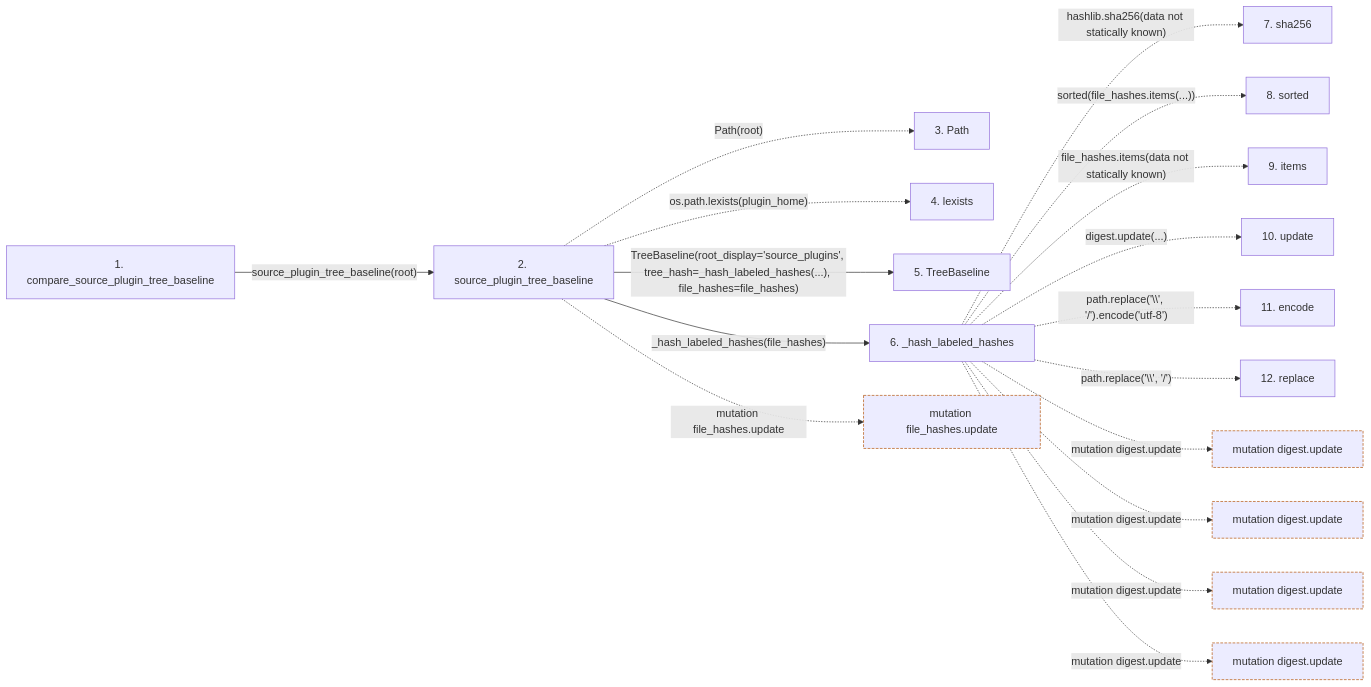
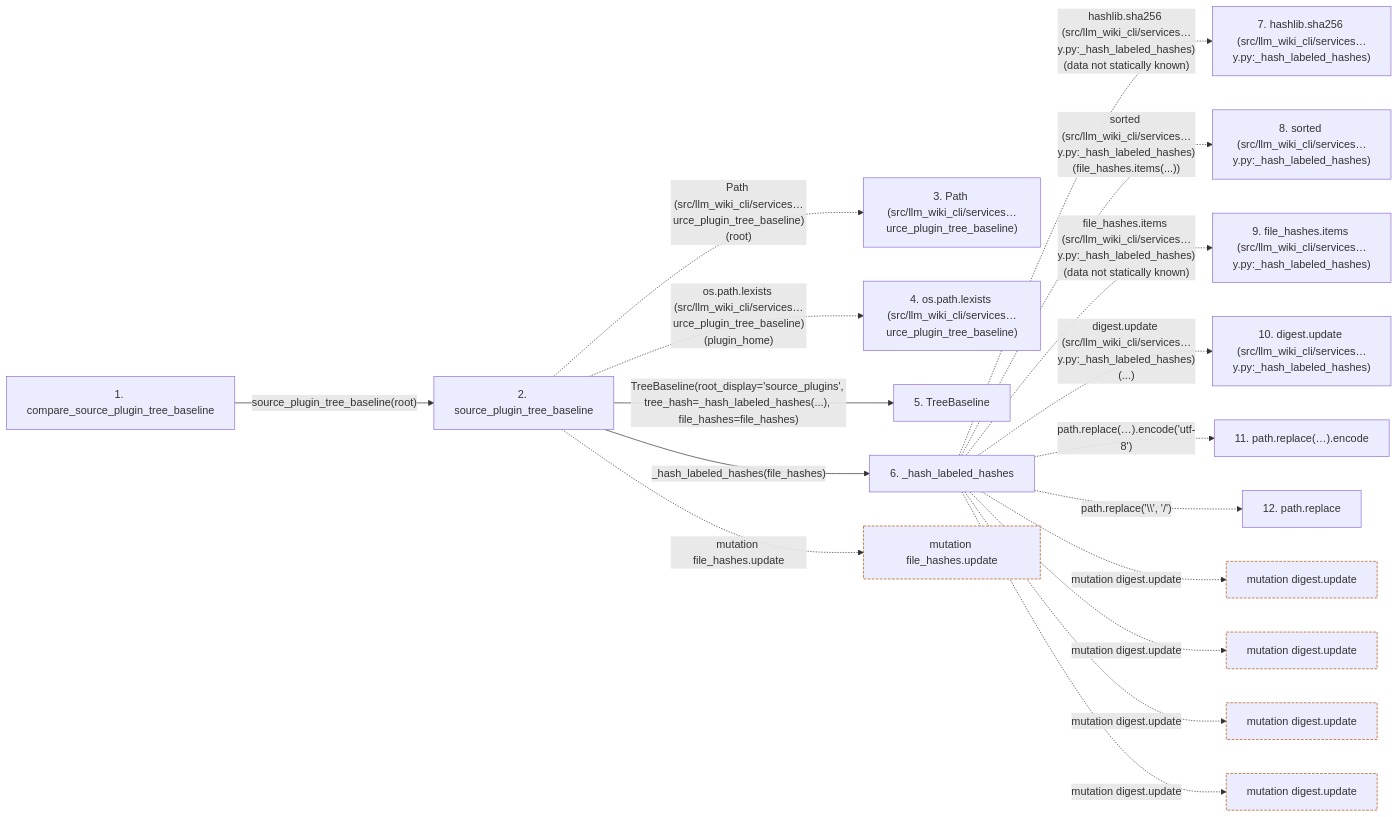
The second of 2 diagrams in docs/llm_wiki/flows/api-compare_source_plugin_tree_baseline.md (Denissvgn/python-wiki-llm), drawn with Mermaid before and after one commit. The commit also changed other lines of this file and 719 other files, not shown here.

````diff
--- a/docs/llm_wiki/flows/api-compare_source_plugin_tree_baseline.md
+++ b/docs/llm_wiki/flows/api-compare_source_plugin_tree_baseline.md
@@ -74,46 +75,46 @@
 ```mermaid
 flowchart LR
     s1["1. compare_source_plugin_tree_baseline"]
     s2["2. source_plugin_tree_baseline"]
-    s3["3. Path"]
-    s4["4. lexists"]
+    s3["3. Path (src/llm_wiki_cli/services…urce_plugin_tree_baseline)"]
+    s4["4. os.path.lexists (src/llm_wiki_cli/services…urce_plugin_tree_baseline)"]
     s5["5. TreeBaseline"]
     s6["6. _hash_labeled_hashes"]
-    s7["7. sha256"]
-    s8["8. sorted"]
-    s9["9. items"]
-    s10["10. update"]
-    s11["11. encode"]
-    s12["12. replace"]
+    s7["7. hashlib.sha256 (src/llm_wiki_cli/services…y.py:_hash_labeled_hashes)"]
+    s8["8. sorted (src/llm_wiki_cli/services…y.py:_hash_labeled_hashes)"]
+    s9["9. file_hashes.items (src/llm_wiki_cli/services…y.py:_hash_labeled_hashes)"]
+    s10["10. digest.update (src/llm_wiki_cli/services…y.py:_hash_labeled_hashes)"]
+    s11["11. path.replace(…).encode"]
+    s12["12. path.replace"]
     s1 -->|"source_plugin_tree_baseline(root)"| s2
-    s2 -. "Path(root)" .-> s3
-    s2 -. "os.path.lexists(plugin_home)" .-> s4
+    s2 -. "Path (src/llm_wiki_cli/services…urce_plugin_tree_baseline)(root)" .-> s3
+    s2 -. "os.path.lexists (src/llm_wiki_cli/services…urce_plugin_tree_baseline)(plugin_home)" .-> s4
     s2 -->|"TreeBaseline(root_display='source_plugins', tree_hash=_hash_labeled_hashes(...), file_hashes=file_hashes)"| s5
     s2 -->|"_hash_labeled_hashes(file_hashes)"| s6
-    s6 -. "hashlib.sha256(data not statically known)" .-> s7
-    s6 -. "sorted(file_hashes.items(...))" .-> s8
-    s6 -. "file_hashes.items(data not statically known)" .-> s9
-    s6 -. "digest.update(...)" .-> s10
-    s6 -. "path.replace('\\', '/').encode('utf-8')" .-> s11
+    s6 -. "hashlib.sha256 (src/llm_wiki_cli/services…y.py:_hash_labeled_hashes)(data not statically known)" .-> s7
+    s6 -. "sorted (src/llm_wiki_cli/services…y.py:_hash_labeled_hashes)(file_hashes.items(...))" .-> s8
+    s6 -. "file_hashes.items (src/llm_wiki_cli/services…y.py:_hash_labeled_hashes)(data not statically known)" .-> s9
+    s6 -. "digest.update (src/llm_wiki_cli/services…y.py:_hash_labeled_hashes)(...)" .-> s10
+    s6 -. "path.replace(…).encode('utf-8')" .-> s11
     s6 -. "path.replace('\\', '/')" .-> s12
     b0["mutation file_hashes.update"]
     s2 -. "mutation file_hashes.update" .-> b0
     b1["mutation digest.update"]
     s6 -. "mutation digest.update" .-> b1
     b2["mutation digest.update"]
     s6 -. "mutation digest.update" .-> b2
     b3["mutation digest.update"]
     s6 -. "mutation digest.update" .-> b3
     b4["mutation digest.update"]
     s6 -. "mutation digest.update" .-> b4
     click s1 "../modules/documentation_policy.md"
     click s2 "../modules/documentation_policy.md"
     click s5 "../modules/documentation_policy.md"
     click s6 "../modules/documentation_policy.md"
     classDef boundary stroke:#b45309,stroke-dasharray: 4 2
     class b0 boundary
     class b1 boundary
     class b2 boundary
     class b3 boundary
     class b4 boundary
 ```
````
